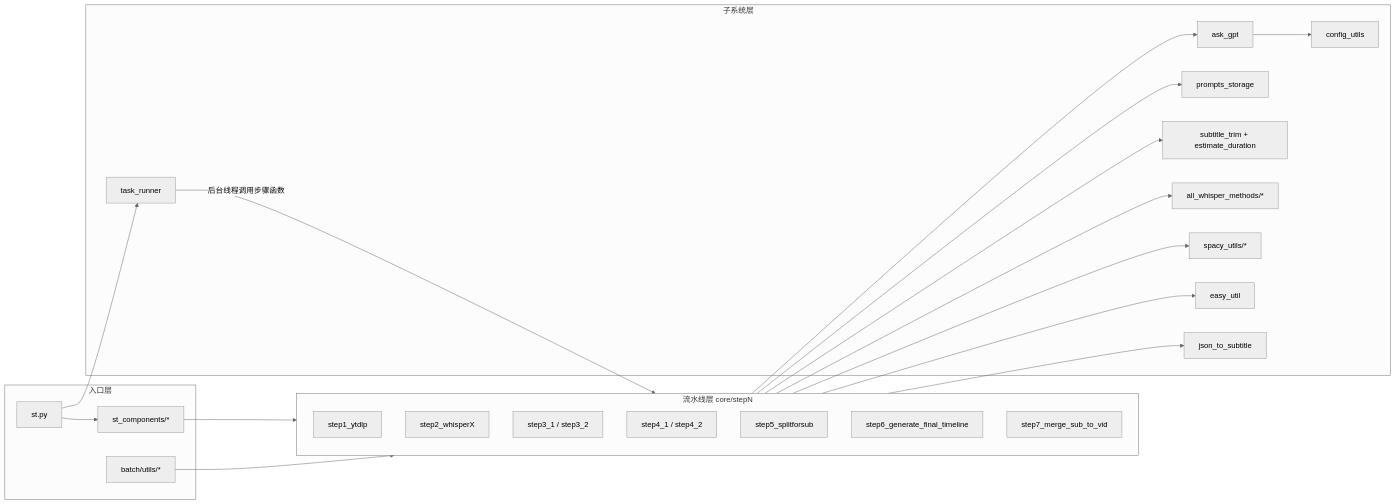
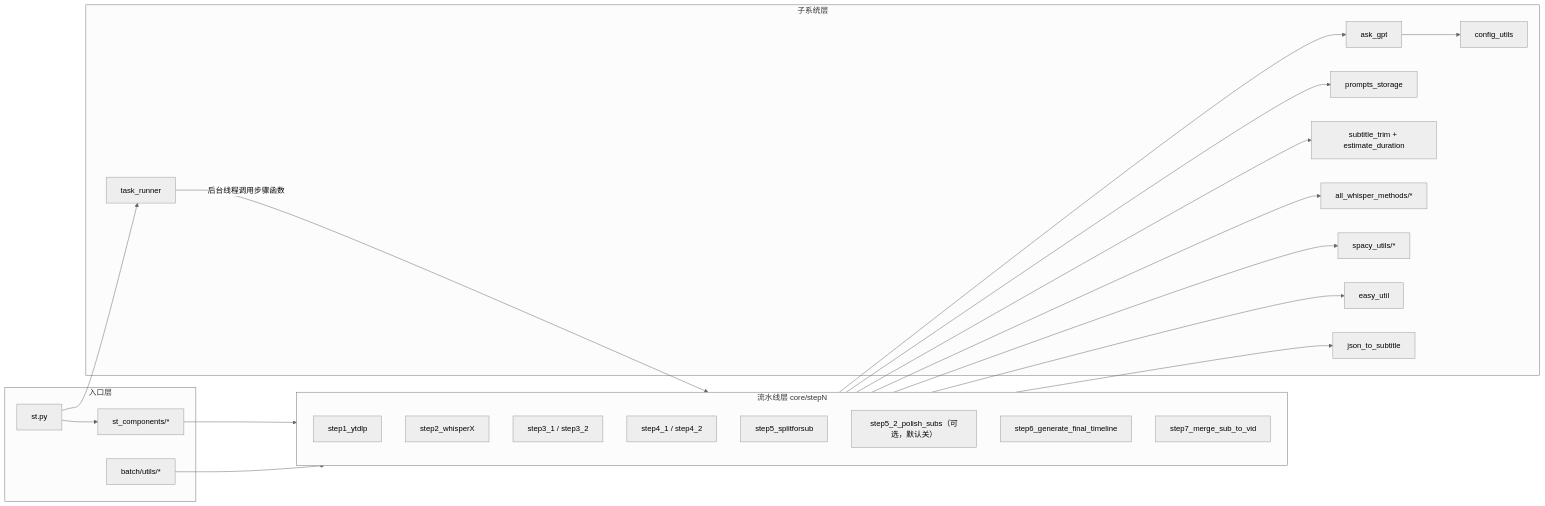
The second of 2 diagrams in devdocs/00-overview/01-项目总览与架构.md (Brzjomo/VideoLingoMove), drawn with Mermaid (neutral theme) before and after one commit. The commit also changed 12 other files, not shown here.

````diff
--- a/devdocs/00-overview/01-项目总览与架构.md
+++ b/devdocs/00-overview/01-项目总览与架构.md
@@ -121,42 +121,43 @@
 ```mermaid
 flowchart LR
  subgraph ENTRY["入口层"]
  ST["st.py"]
  SC["st_components/*"]
  BATCH["batch/utils/*"]
  end
 
  subgraph PIPE["流水线层 core/stepN"]
  S1["step1_ytdlp"]
  S2["step2_whisperX"]
  S3["step3_1 / step3_2"]
  S4["step4_1 / step4_2"]
  S5["step5_splitforsub"]
+ S52["step5_2_polish_subs（可选，默认关）"]
  S6["step6_generate_final_timeline"]
  S7["step7_merge_sub_to_vid"]
  end
 
  subgraph SUB["子系统层"]
  GPT["ask_gpt"]
  PR["prompts_storage"]
  CFG["config_utils"]
  TRIM["subtitle_trim + estimate_duration"]
  WH["all_whisper_methods/*"]
  SP["spacy_utils/*"]
  EU["easy_util"]
  J2S["json_to_subtitle"]
  TR["task_runner"]
  end
 
  ST --> SC --> PIPE
  ST --> TR
  TR -->|"后台线程调用步骤函数"| PIPE
  BATCH --> PIPE
  PIPE --> GPT --> CFG
  PIPE --> PR
  PIPE --> TRIM
  PIPE --> WH
  PIPE --> SP
  PIPE --> EU
  PIPE --> J2S
 ```
````
